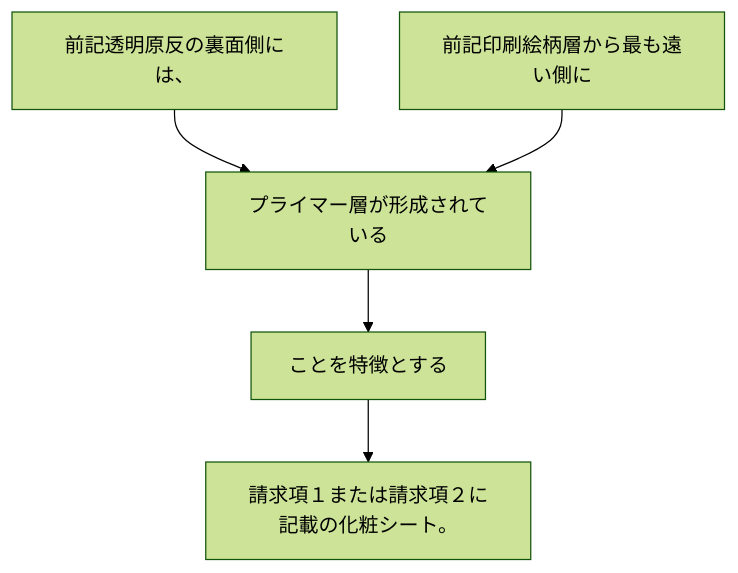
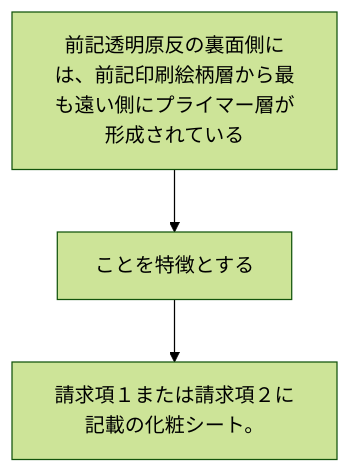
Before and after one commit to shinmori55/patent_analyzed: the diagram in 2024/JP2024006643A/claim_6/README.md, drawn with Mermaid (forest theme). The commit also changed 31 other files, not shown here.

````diff
--- a/2024/JP2024006643A/claim_6/README.md
+++ b/2024/JP2024006643A/claim_6/README.md
@@ -2,12 +2,8 @@
 ```mermaid
 flowchart TD
-A[前記透明原反の裏面側には、]
-B[前記印刷絵柄層から最も遠い側に]
-C[プライマー層が形成されている]
-D[ことを特徴とする]
-E[請求項１または請求項２に記載の化粧シート。]
-A --> C
+A[前記透明原反の裏面側には、前記印刷絵柄層から最も遠い側にプライマー層が形成されている]
+B[ことを特徴とする]
+C[請求項１または請求項２に記載の化粧シート。]
+A --> B
 B --> C
-C --> D
-D --> E
 ```
````
